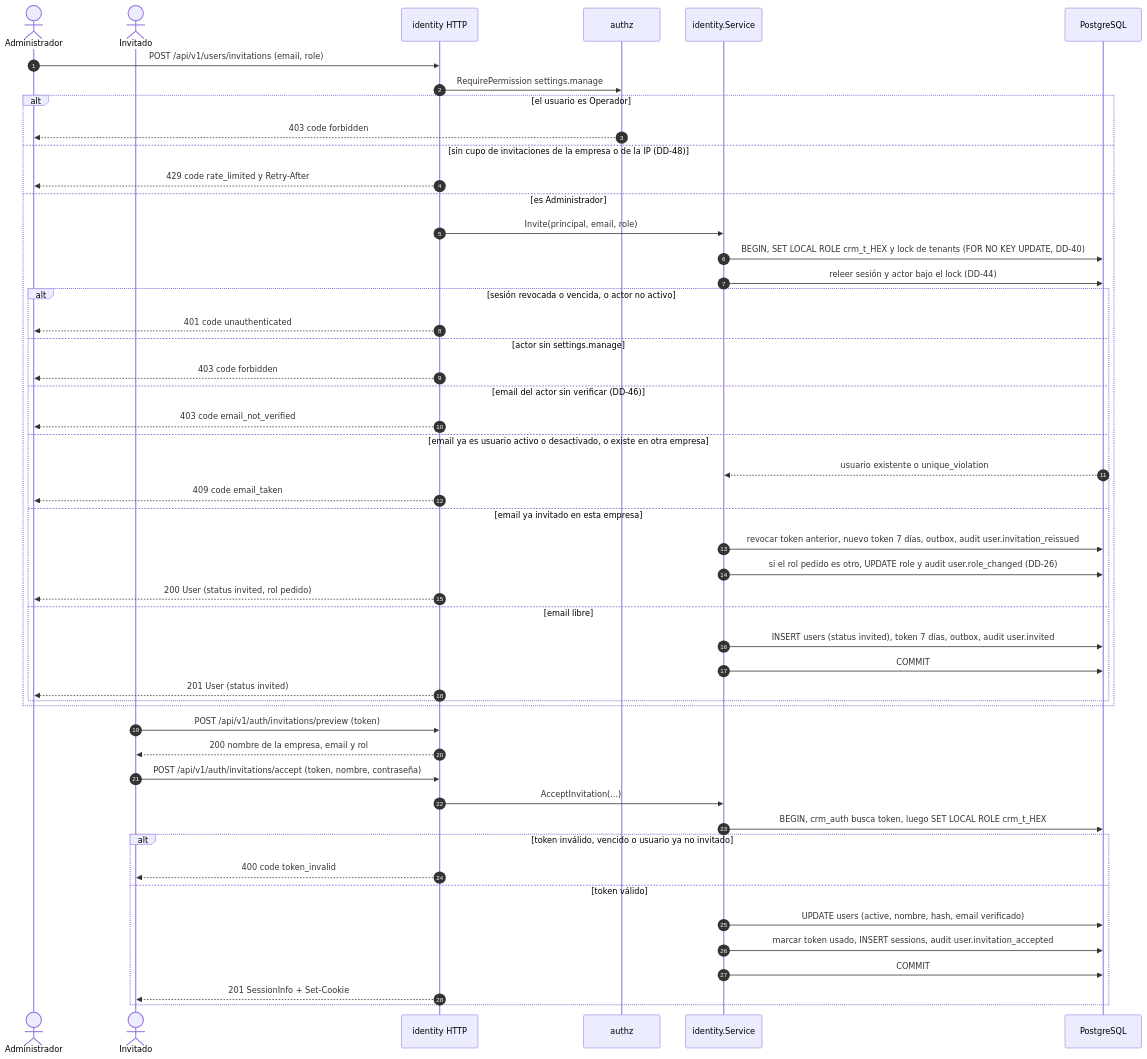
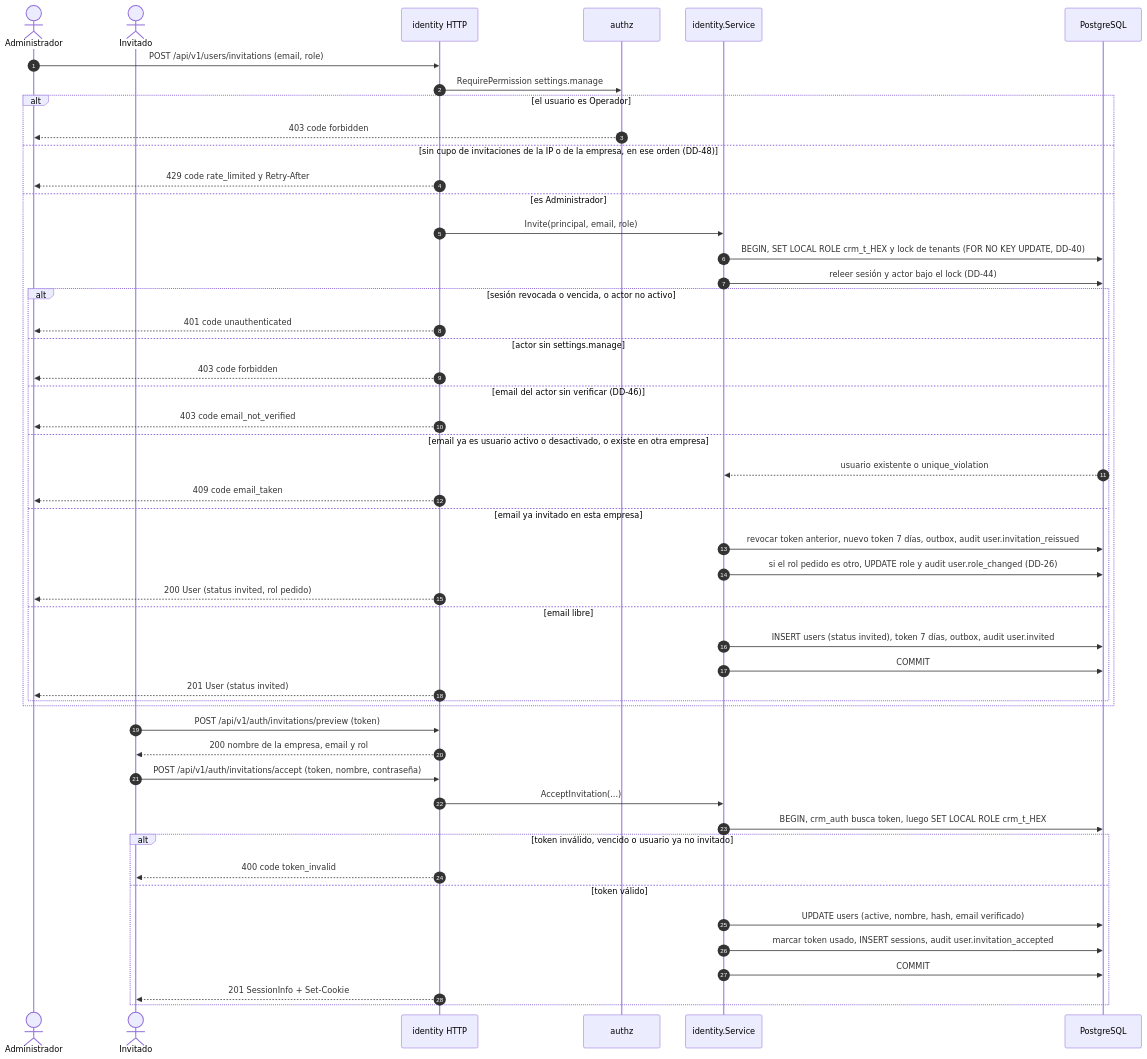
The sixth of 12 diagrams in specs/001-empresas-usuarios/plan.md (fdelillo/crm), drawn with Mermaid before and after one commit. The commit also changed other lines of this file and 1 other file, not shown here.

Commit message:
docs(001): post-implementation clarifications for phase 10 (Accepted)
Architect's answers to the developer's observations and to the PR #20
review: G4 accounting, independent-test count after the 403, DD-48 limiter
order (IP before tenant), Q2 mutation split, H2 retention, existing tests
that change, shared-outbox test convention, e2e fixture verification, and
T-B603/T-B604 concurrency rows with new S9/S10 for the last-admin rule.

Claude-Session: https://claude.ai/code/session_01XuoTNih1kWoZspFpnDytec

````diff
--- a/specs/001-empresas-usuarios/plan.md
+++ b/specs/001-empresas-usuarios/plan.md
@@ -518,54 +518,54 @@
 ```mermaid
 sequenceDiagram
     autonumber
     actor A as Administrador
     actor O as Invitado
     participant H as identity HTTP
     participant Z as authz
     participant S as identity.Service
     participant DB as PostgreSQL
 
     A->>H: POST /api/v1/users/invitations (email, role)
     H->>Z: RequirePermission settings.manage
     alt el usuario es Operador
         Z-->>A: 403 code forbidden
-    else sin cupo de invitaciones de la empresa o de la IP (DD-48)
+    else sin cupo de invitaciones de la IP o de la empresa, en ese orden (DD-48)
         H-->>A: 429 code rate_limited y Retry-After
     else es Administrador
         H->>S: Invite(principal, email, role)
         S->>DB: BEGIN, SET LOCAL ROLE crm_t_HEX y lock de tenants (FOR NO KEY UPDATE, DD-40)
         S->>DB: releer sesión y actor bajo el lock (DD-44)
         alt sesión revocada o vencida, o actor no activo
             H-->>A: 401 code unauthenticated
         else actor sin settings.manage
             H-->>A: 403 code forbidden
         else email del actor sin verificar (DD-46)
             H-->>A: 403 code email_not_verified
         else email ya es usuario activo o desactivado, o existe en otra empresa
             DB-->>S: usuario existente o unique_violation
             H-->>A: 409 code email_taken
         else email ya invitado en esta empresa
             S->>DB: revocar token anterior, nuevo token 7 días, outbox, audit user.invitation_reissued
             S->>DB: si el rol pedido es otro, UPDATE role y audit user.role_changed (DD-26)
             H-->>A: 200 User (status invited, rol pedido)
         else email libre
             S->>DB: INSERT users (status invited), token 7 días, outbox, audit user.invited
             S->>DB: COMMIT
             H-->>A: 201 User (status invited)
         end
     end
 
     O->>H: POST /api/v1/auth/invitations/preview (token)
     H-->>O: 200 nombre de la empresa, email y rol
     O->>H: POST /api/v1/auth/invitations/accept (token, nombre, contraseña)
     H->>S: AcceptInvitation(...)
     S->>DB: BEGIN, crm_auth busca token, luego SET LOCAL ROLE crm_t_HEX
     alt token inválido, vencido o usuario ya no invitado
         H-->>O: 400 code token_invalid
     else token válido
         S->>DB: UPDATE users (active, nombre, hash, email verificado)
         S->>DB: marcar token usado, INSERT sessions, audit user.invitation_accepted
         S->>DB: COMMIT
         H-->>O: 201 SessionInfo + Set-Cookie
     end
 ```
````
